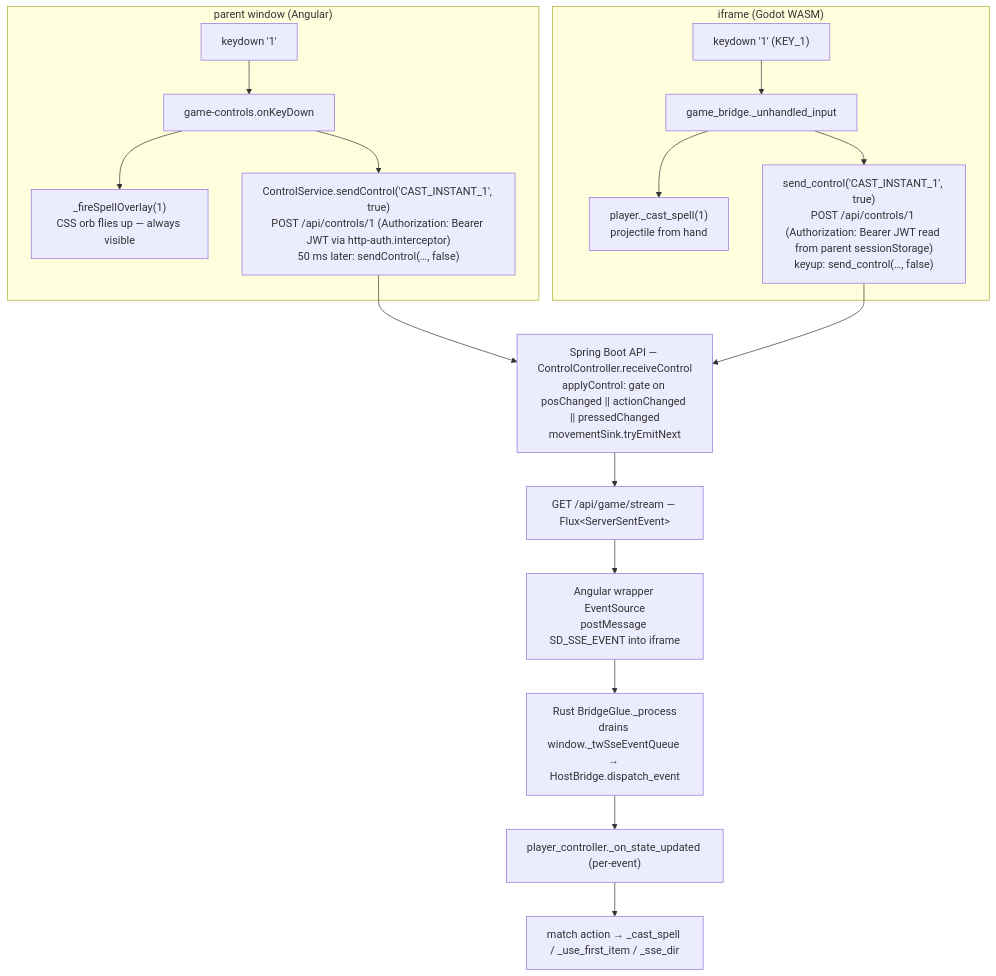
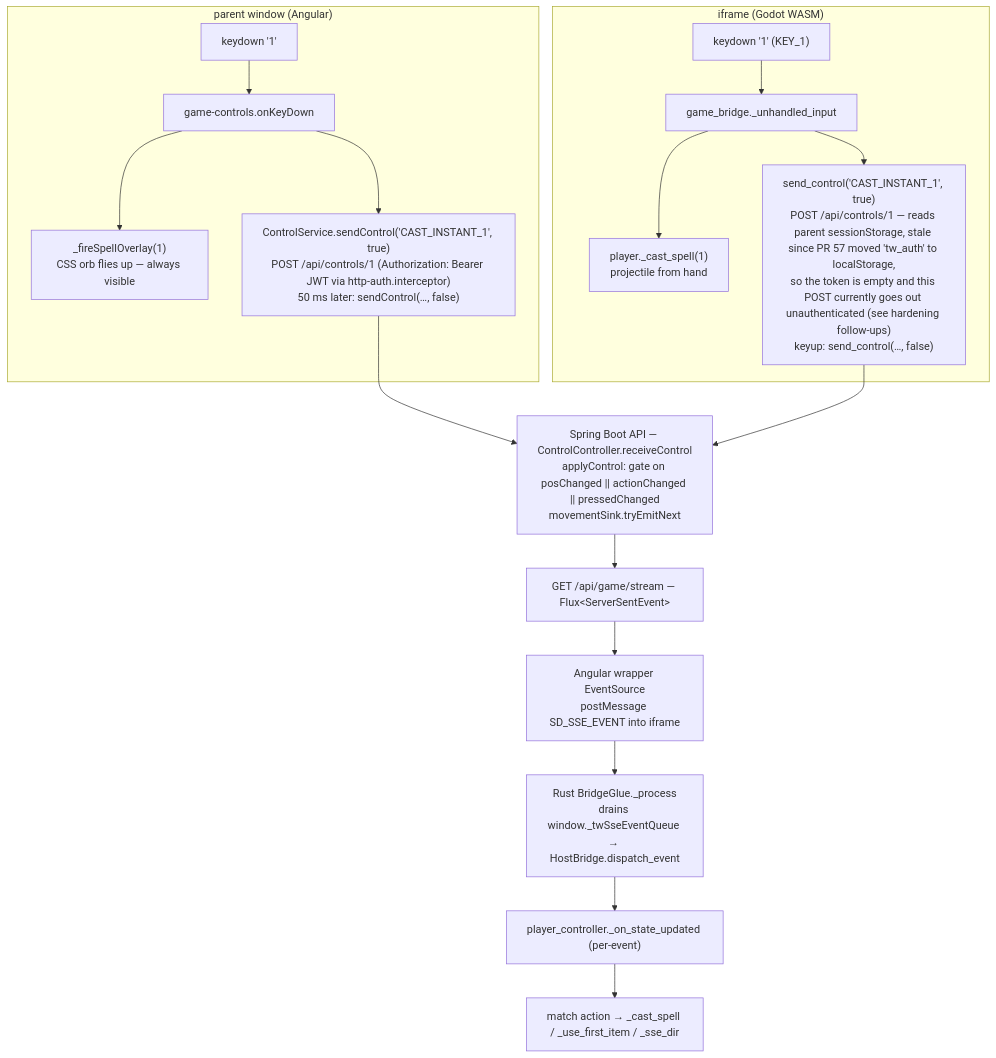
One commit to hugmesh/hugmesh-games changed the fifth of 48 diagrams in README.md. Above: the diagram before and after it, drawn with Mermaid. The commit also changed other lines of this file and 44 other files, not shown here.

````diff
--- a/README.md
+++ b/README.md
@@ -417,30 +418,30 @@
 ```mermaid
 flowchart TB
     subgraph parent["parent window (Angular)"]
         PK["keydown '1'"]
         POnKey["game-controls.onKeyDown"]
         POverlay["_fireSpellOverlay(1)<br/>CSS orb flies up — always visible"]
         PSend["ControlService.sendControl('CAST_INSTANT_1', true)<br/>POST /api/controls/1 (Authorization: Bearer JWT via http-auth.interceptor)<br/>50 ms later: sendControl(…, false)"]
         PK --> POnKey
         POnKey --> POverlay
         POnKey --> PSend
     end
     subgraph frame["iframe (Godot WASM)"]
         FK["keydown '1' (KEY_1)"]
         FInput["game_bridge._unhandled_input"]
         FCast["player._cast_spell(1)<br/>projectile from hand"]
-        FSend["send_control('CAST_INSTANT_1', true)<br/>POST /api/controls/1 (Authorization: Bearer JWT read from parent sessionStorage)<br/>keyup: send_control(…, false)"]
+        FSend["send_control('CAST_INSTANT_1', true)<br/>POST /api/controls/1 — reads parent sessionStorage, stale since PR 57 moved 'tw_auth' to localStorage,<br/>so the token is empty and this POST currently goes out unauthenticated (see hardening follow-ups)<br/>keyup: send_control(…, false)"]
         FK --> FInput
         FInput --> FCast
         FInput --> FSend
     end
     API["Spring Boot API — ControlController.receiveControl<br/>applyControl: gate on posChanged || actionChanged || pressedChanged<br/>movementSink.tryEmitNext"]
     Stream["GET /api/game/stream — Flux&lt;ServerSentEvent&gt;"]
     SSE["Angular wrapper EventSource<br/>postMessage SD_SSE_EVENT into iframe"]
     Drain["Rust BridgeGlue._process<br/>drains window._twSseEventQueue → HostBridge.dispatch_event"]
     OnState["player_controller._on_state_updated (per-event)"]
     Match["match action → _cast_spell / _use_first_item / _sse_dir"]
     PSend --> API
     FSend --> API
     API --> Stream --> SSE --> Drain --> OnState --> Match
 ```
````
